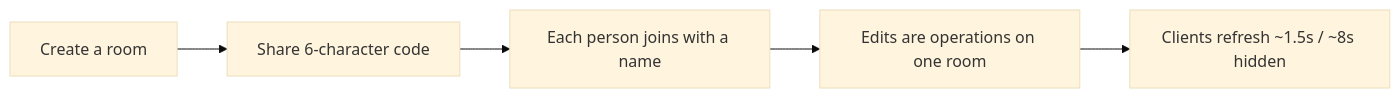
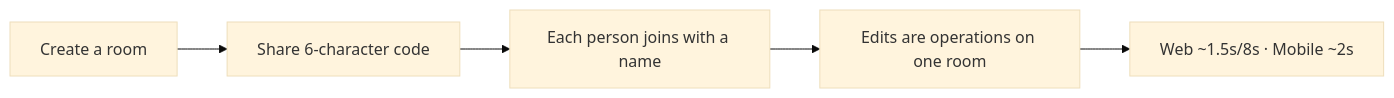
One commit to RifqiMT/pm-collaboration changed the diagram in docs/product.md. Above: the diagram before and after it, drawn with Mermaid (base theme). The commit also changed other lines of this file and 26 other files, not shown here.

````diff
--- a/docs/product.md
+++ b/docs/product.md
@@ -118,7 +120,7 @@
 ```mermaid
 flowchart LR
   create[Create a room] --> code[Share 6-character code]
   code --> join[Each person joins with a name]
   join --> edit[Edits are operations on one room]
-  edit --> poll[Clients refresh ~1.5s / ~8s hidden]
+  edit --> poll[Web ~1.5s/8s · Mobile ~2s]
 ```
````
